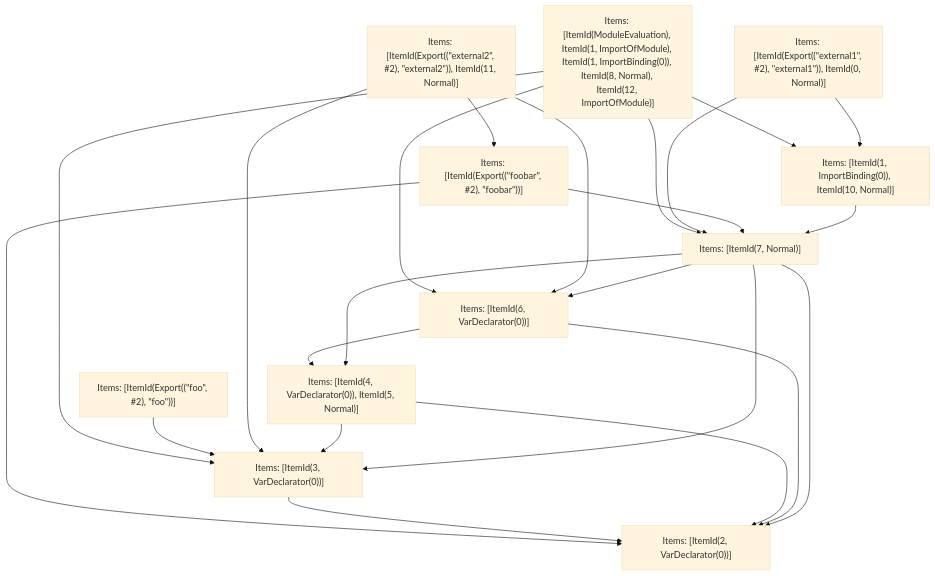
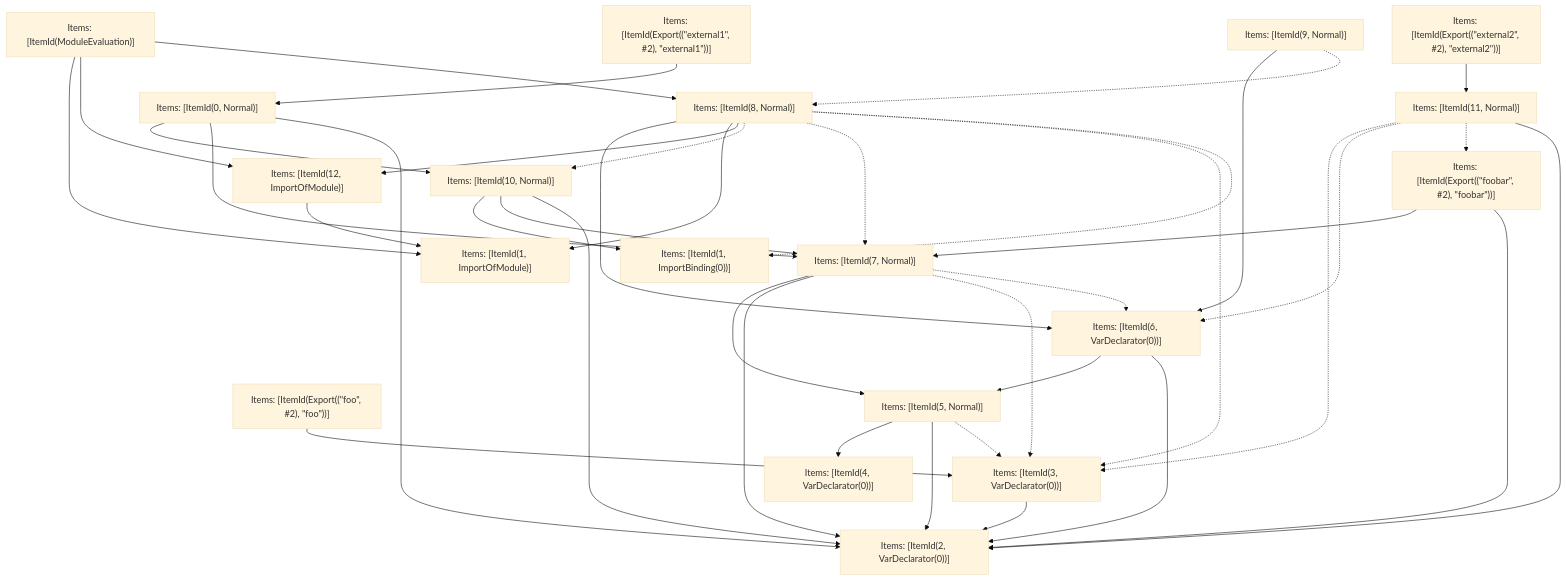
Before and after one commit to vercel/turborepo: the fifth of 5 diagrams in crates/turbopack-ecmascript/tests/tree-shaker/analyzer/2/output.md, drawn with Mermaid (base theme). The commit also changed other lines of this file and 106 other files, not shown here.

````diff
--- a/crates/turbopack-ecmascript/tests/tree-shaker/analyzer/2/output.md
+++ b/crates/turbopack-ecmascript/tests/tree-shaker/analyzer/2/output.md
@@ -365,36 +371,60 @@
 ```mermaid
 graph TD
-    N0["Items: [ItemId(ModuleEvaluation), ItemId(1, ImportOfModule), ItemId(1, ImportBinding(0)), ItemId(8, Normal), ItemId(12, ImportOfModule)]"];
-    N1["Items: [ItemId(Export((&quot;external1&quot;, #2), &quot;external1&quot;)), ItemId(0, Normal)]"];
-    N2["Items: [ItemId(Export((&quot;foobar&quot;, #2), &quot;foobar&quot;))]"];
-    N3["Items: [ItemId(Export((&quot;foo&quot;, #2), &quot;foo&quot;))]"];
-    N4["Items: [ItemId(Export((&quot;external2&quot;, #2), &quot;external2&quot;)), ItemId(11, Normal)]"];
-    N5["Items: [ItemId(2, VarDeclarator(0))]"];
-    N6["Items: [ItemId(3, VarDeclarator(0))]"];
-    N7["Items: [ItemId(4, VarDeclarator(0)), ItemId(5, Normal)]"];
-    N8["Items: [ItemId(6, VarDeclarator(0))]"];
-    N9["Items: [ItemId(7, Normal)]"];
-    N10["Items: [ItemId(1, ImportBinding(0)), ItemId(10, Normal)]"];
-    N0 --> N8;
-    N0 --> N10;
-    N0 --> N9;
-    N0 --> N6;
-    N1 --> N10;
-    N1 --> N9;
-    N2 --> N9;
-    N2 --> N5;
-    N3 --> N6;
-    N4 --> N6;
-    N4 --> N8;
-    N4 --> N2;
+    N0["Items: [ItemId(1, ImportBinding(0))]"];
+    N1["Items: [ItemId(4, VarDeclarator(0))]"];
+    N2["Items: [ItemId(2, VarDeclarator(0))]"];
+    N3["Items: [ItemId(3, VarDeclarator(0))]"];
+    N4["Items: [ItemId(Export((&quot;foo&quot;, #2), &quot;foo&quot;))]"];
+    N5["Items: [ItemId(5, Normal)]"];
+    N6["Items: [ItemId(6, VarDeclarator(0))]"];
+    N7["Items: [ItemId(7, Normal)]"];
+    N8["Items: [ItemId(10, Normal)]"];
+    N9["Items: [ItemId(0, Normal)]"];
+    N10["Items: [ItemId(Export((&quot;external1&quot;, #2), &quot;external1&quot;))]"];
+    N11["Items: [ItemId(Export((&quot;foobar&quot;, #2), &quot;foobar&quot;))]"];
+    N12["Items: [ItemId(11, Normal)]"];
+    N13["Items: [ItemId(Export((&quot;external2&quot;, #2), &quot;external2&quot;))]"];
+    N14["Items: [ItemId(1, ImportOfModule)]"];
+    N15["Items: [ItemId(12, ImportOfModule)]"];
+    N16["Items: [ItemId(8, Normal)]"];
+    N17["Items: [ItemId(ModuleEvaluation)]"];
+    N18["Items: [ItemId(9, Normal)]"];
+    N15 --> N14;
+    N3 --> N2;
+    N5 --> N1;
+    N5 --> N2;
+    N5 -.-> N3;
     N6 --> N5;
+    N6 --> N2;
     N7 --> N5;
-    N7 --> N6;
+    N7 --> N2;
+    N7 -.-> N3;
+    N7 -.-> N6;
+    N16 --> N6;
+    N16 --> N14;
+    N16 --> N15;
+    N16 -.-> N8;
+    N16 -.-> N7;
+    N16 -.-> N3;
+    N16 -.-> N0;
+    N18 --> N6;
+    N18 -.-> N16;
+    N10 --> N9;
+    N11 --> N7;
+    N11 --> N2;
+    N4 --> N3;
+    N13 --> N12;
+    N9 --> N8;
+    N9 --> N7;
+    N9 --> N2;
+    N8 --> N0;
     N8 --> N7;
-    N8 --> N5;
-    N9 --> N7;
-    N9 --> N5;
-    N9 --> N6;
-    N9 --> N8;
-    N10 --> N9;
+    N8 --> N2;
+    N12 -.-> N3;
+    N12 -.-> N6;
+    N12 -.-> N11;
+    N12 --> N2;
+    N17 --> N14;
+    N17 --> N15;
+    N17 --> N16;
 ```
````
